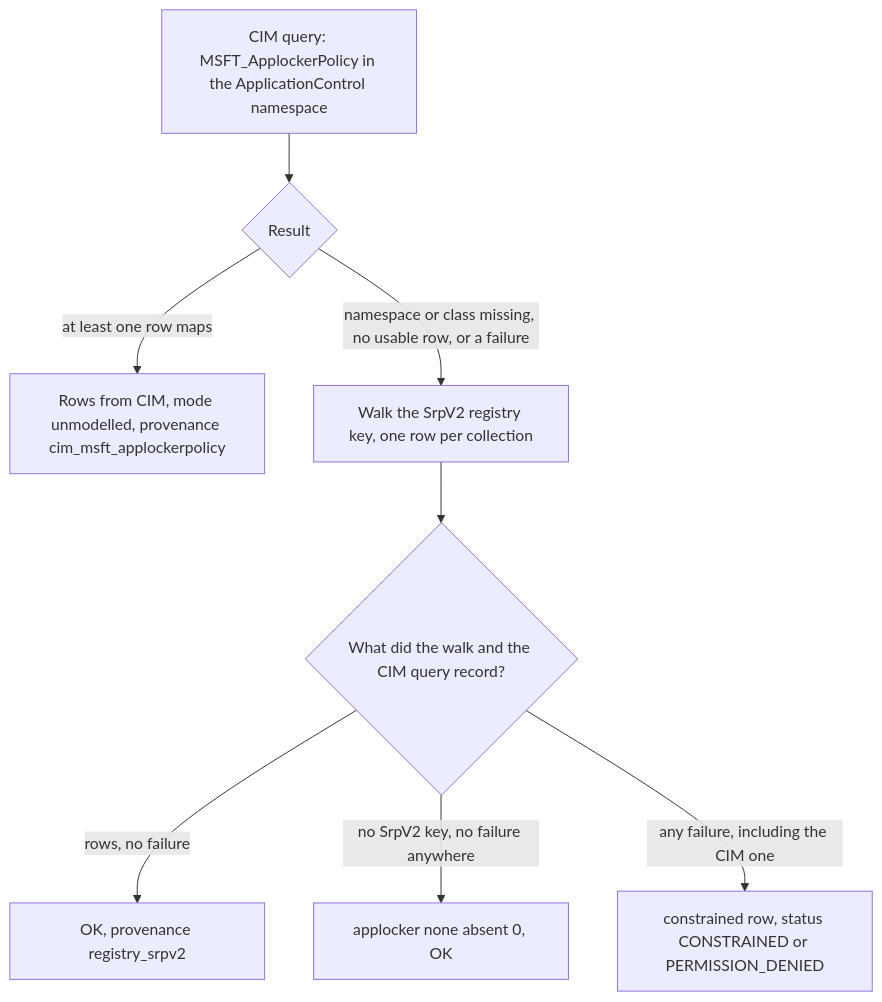
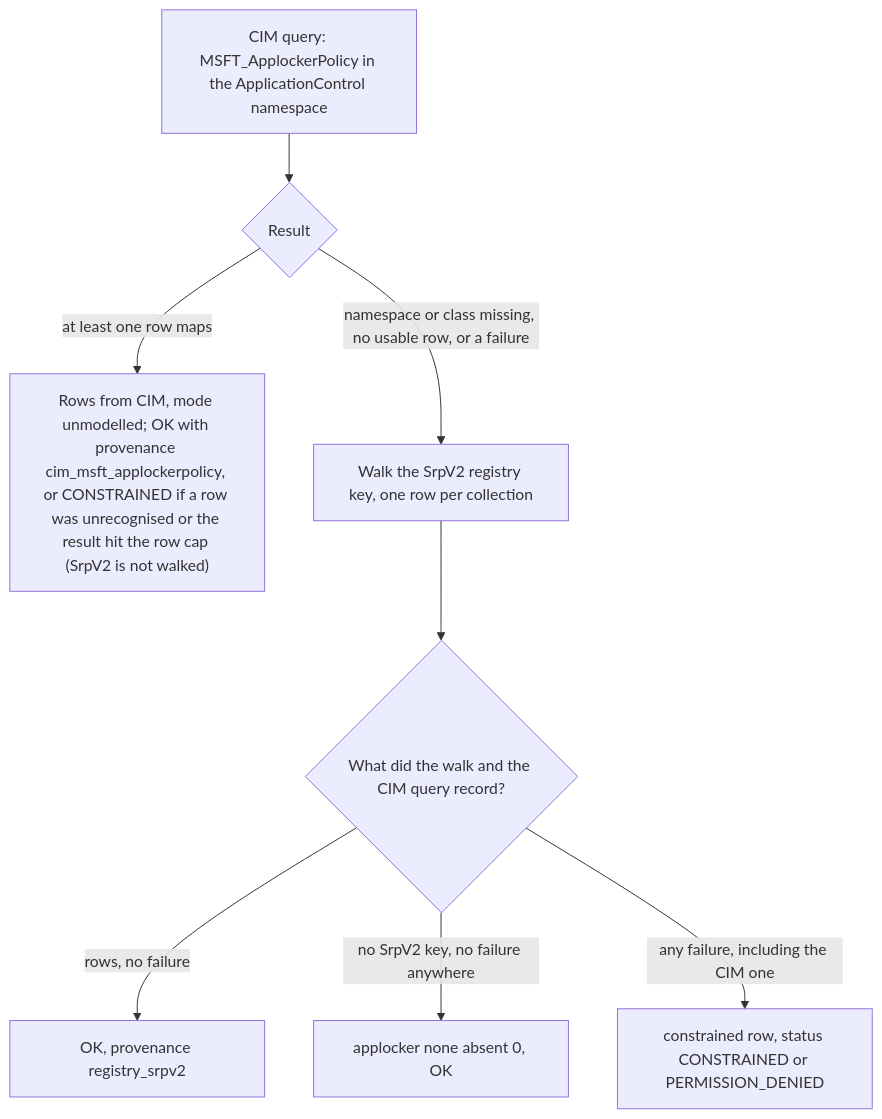
The diagram in agents/plugins/app_control/README.md (DevNullLtd/Yuzu), drawn with Mermaid before and after one commit. The commit also changed other lines of this file and 69 other files, not shown here.

````diff
--- a/agents/plugins/app_control/README.md
+++ b/agents/plugins/app_control/README.md
@@ -52,10 +52,10 @@
 ```mermaid
 flowchart TD
   Q["CIM query: MSFT_ApplockerPolicy in the ApplicationControl namespace"] --> R{"Result"}
-  R -- "at least one row maps" --> C["Rows from CIM, mode unmodelled, provenance cim_msft_applockerpolicy"]
+  R -- "at least one row maps" --> C["Rows from CIM, mode unmodelled; OK with provenance cim_msft_applockerpolicy, or CONSTRAINED if a row was unrecognised or the result hit the row cap (SrpV2 is not walked)"]
   R -- "namespace or class missing, no usable row, or a failure" --> S["Walk the SrpV2 registry key, one row per collection"]
   S --> T{"What did the walk and the CIM query record?"}
   T -- "rows, no failure" --> U["OK, provenance registry_srpv2"]
   T -- "no SrpV2 key, no failure anywhere" --> V["applocker none absent 0, OK"]
   T -- "any failure, including the CIM one" --> W["constrained row, status CONSTRAINED or PERMISSION_DENIED"]
 ```
````
